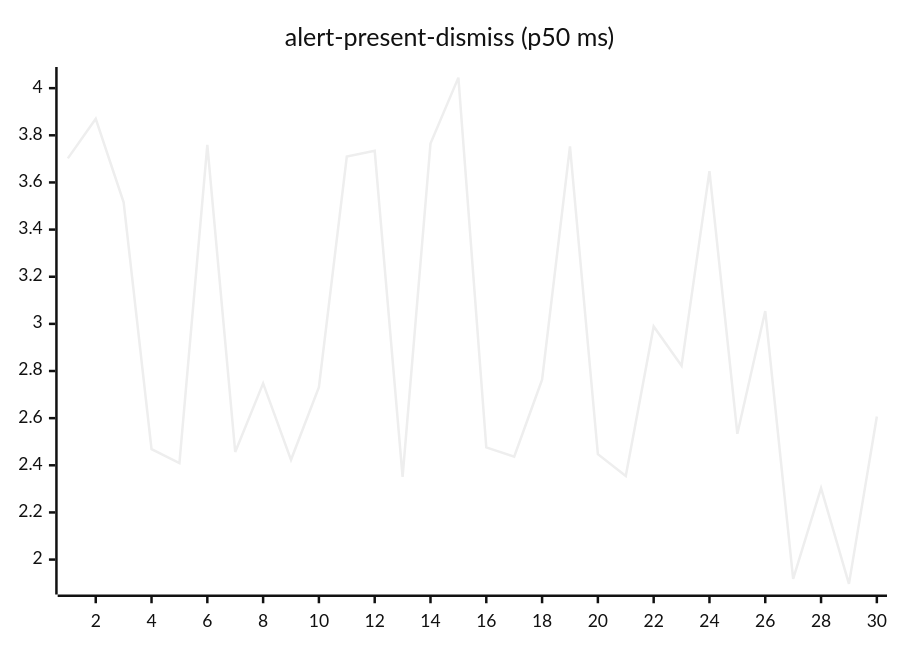
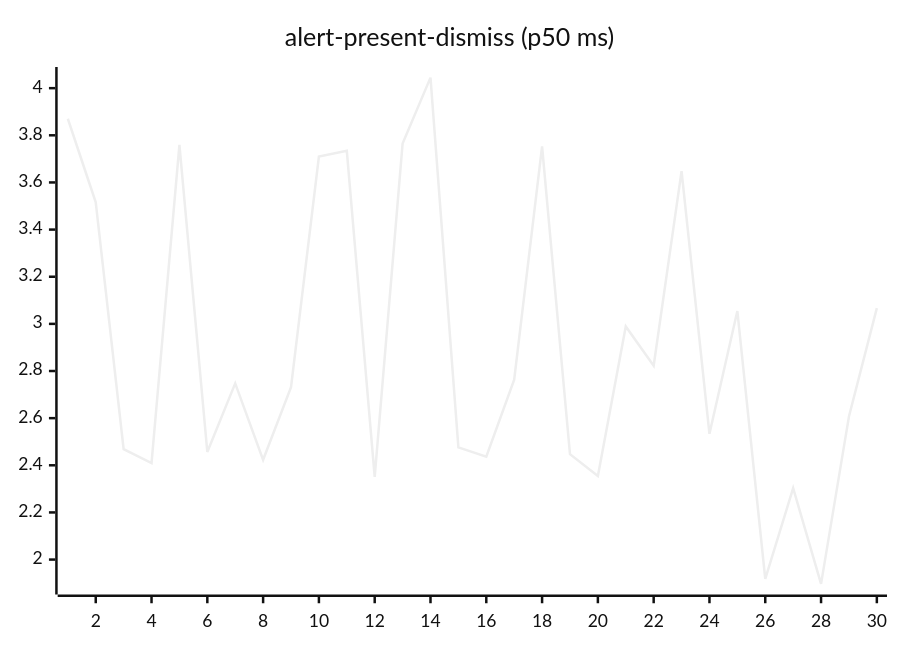
Before and after one commit to josha/Facet: the second of 27 diagrams in README.md, drawn with Mermaid (neutral theme). The commit also changed other lines of this file and 2 other files, not shown here.

````diff
--- a/README.md
+++ b/README.md
@@ -70,6 +70,6 @@
 ```mermaid
 xychart-beta
     title "alert-present-dismiss (p50 ms)"
     x-axis 1 --> 30
-    line [3.7022, 3.8703, 3.5157, 2.4688, 2.4093, 3.7592, 2.4564, 2.7475, 2.4232, 2.7312, 3.7096, 3.7340, 2.3506, 3.7650, 4.0447, 2.4759, 2.4363, 2.7635, 3.7527, 2.4474, 2.3546, 2.9892, 2.8222, 3.6482, 2.5337, 3.0542, 1.9177, 2.3034, 1.8969, 2.6071]
+    line [3.8703, 3.5157, 2.4688, 2.4093, 3.7592, 2.4564, 2.7475, 2.4232, 2.7312, 3.7096, 3.7340, 2.3506, 3.7650, 4.0447, 2.4759, 2.4363, 2.7635, 3.7527, 2.4474, 2.3546, 2.9892, 2.8222, 3.6482, 2.5337, 3.0542, 1.9177, 2.3034, 1.8969, 2.6071, 3.0667]
 ```
````
